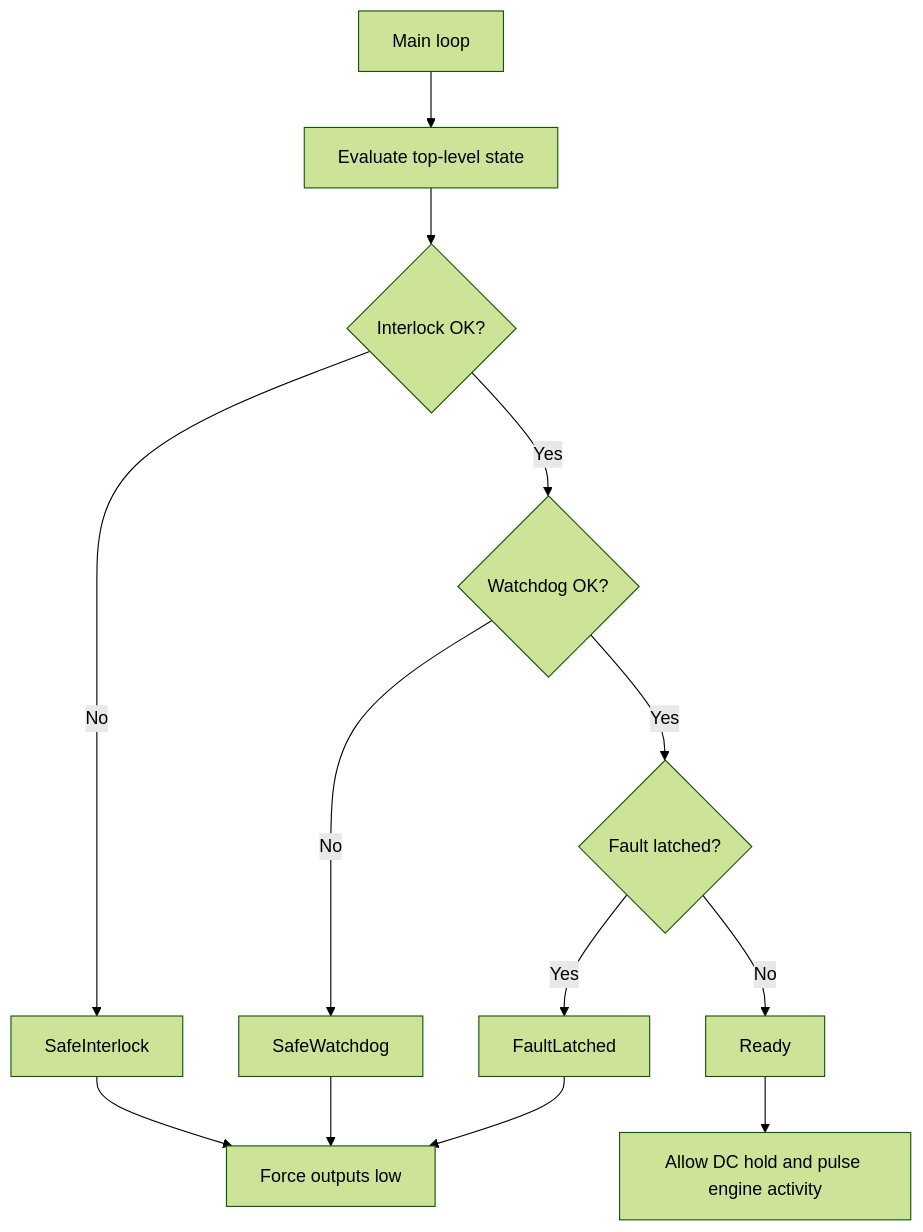
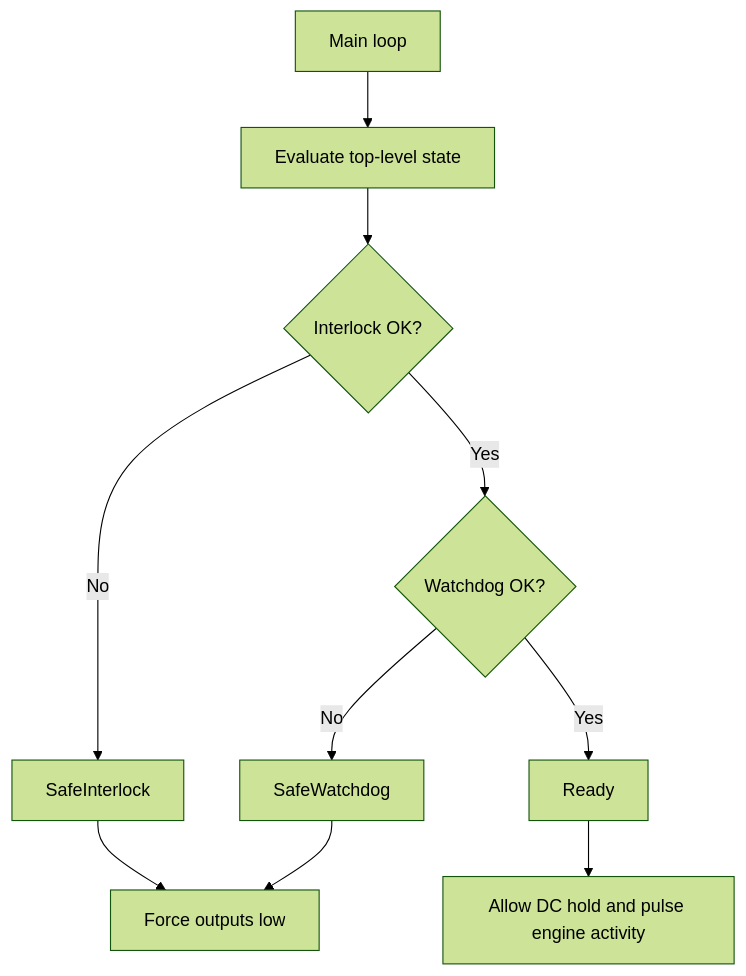
One commit to uw-loci/beam-controller changed the third of 4 diagrams in README.md. Above: the diagram before and after it, drawn with Mermaid (forest theme). The commit also changed other lines of this file, not shown here.

````diff
--- a/README.md
+++ b/README.md
@@ -114,16 +111,13 @@
 ```mermaid
 flowchart TD
     A[Main loop] --> B[Evaluate top-level state]
     B --> C{Interlock OK?}
     C -->|No| D[SafeInterlock]
     C -->|Yes| E{Watchdog OK?}
     E -->|No| F[SafeWatchdog]
-    E -->|Yes| G{Fault latched?}
-    G -->|Yes| H[FaultLatched]
-    G -->|No| I[Ready]
+    E -->|Yes| I[Ready]
 
     D --> J[Force outputs low]
     F --> J
-    H --> J
     I --> K[Allow DC hold and pulse engine activity]
 ```
````
